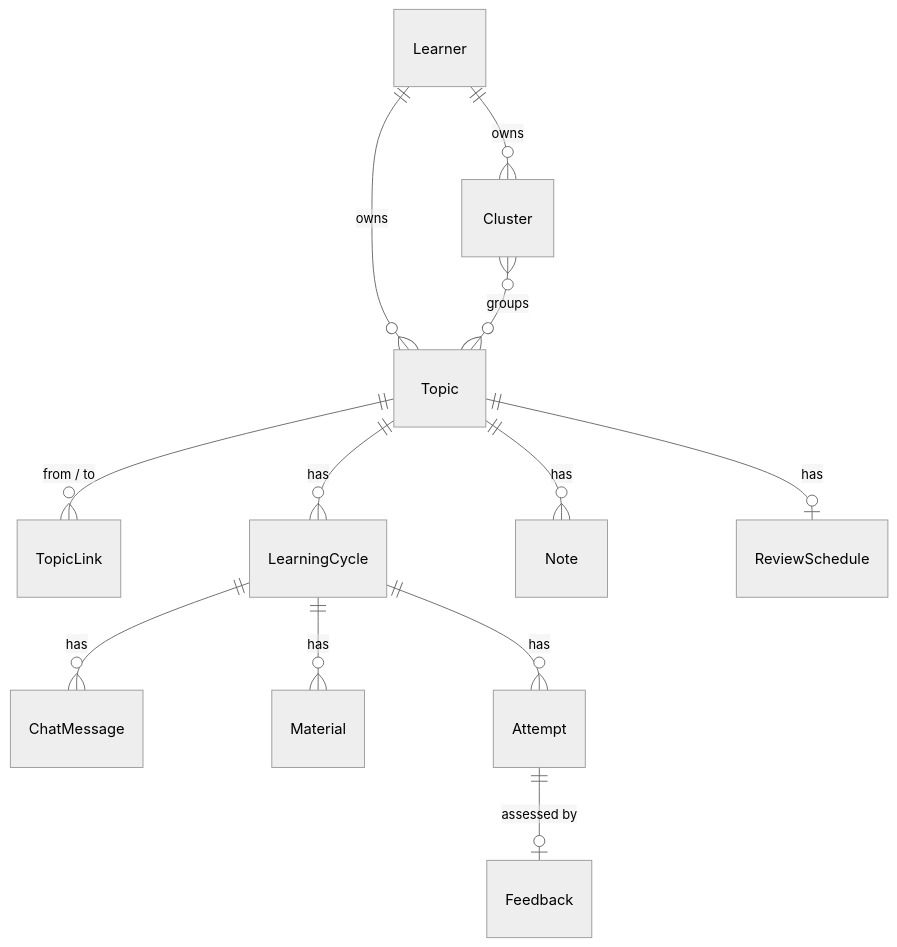
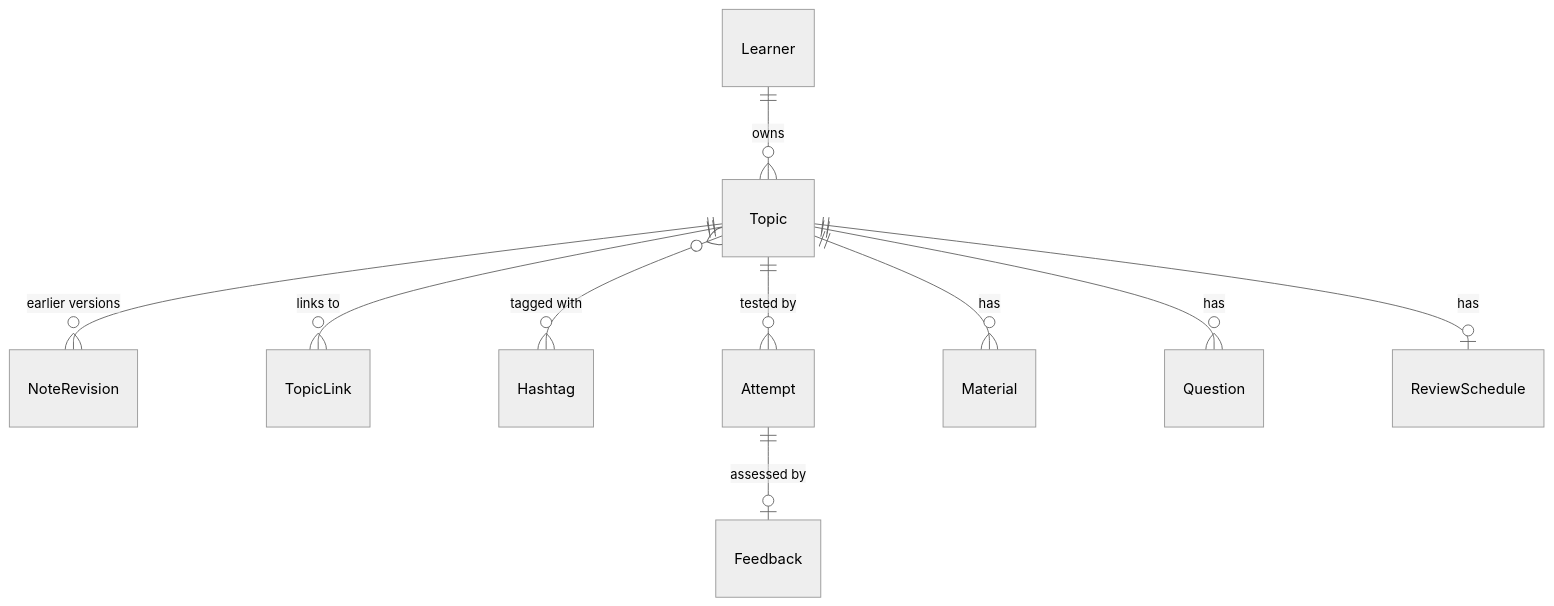
The diagram in docs/domain.md (songtov/ai-tutor), drawn with Mermaid (neutral theme) before and after one commit. The commit also changed other lines of this file and 2 other files, not shown here.

````diff
--- a/docs/domain.md
+++ b/docs/domain.md
@@ -7,14 +9,12 @@
 ```mermaid
 erDiagram
     Learner ||--o{ Topic : owns
-    Learner ||--o{ Cluster : owns
-    Topic ||--o{ TopicLink : "from / to"
-    Cluster }o--o{ Topic : groups
-    Topic ||--o{ LearningCycle : has
-    Topic ||--o{ Note : has
+    Topic ||--o{ NoteRevision : "earlier versions"
+    Topic ||--o{ TopicLink : "links to"
+    Topic }o--o{ Hashtag : "tagged with"
+    Topic ||--o{ Attempt : "tested by"
+    Attempt ||--o| Feedback : "assessed by"
+    Topic ||--o{ Material : has
+    Topic ||--o{ Question : has
     Topic ||--o| ReviewSchedule : has
-    LearningCycle ||--o{ ChatMessage : has
-    LearningCycle ||--o{ Material : has
-    LearningCycle ||--o{ Attempt : has
-    Attempt ||--o| Feedback : "assessed by"
 ```
````
